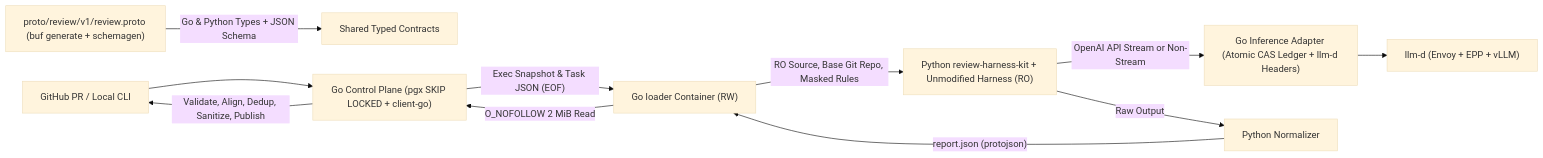
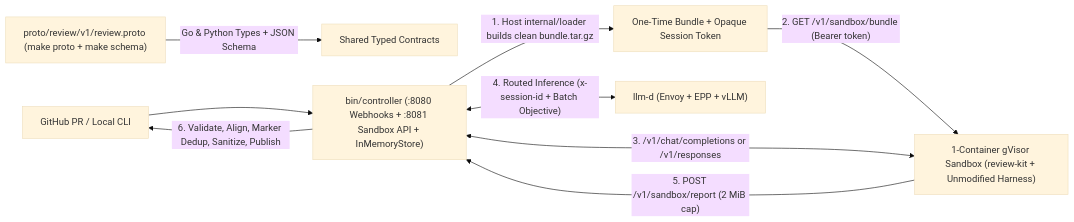
One commit to zetxqx/review-agent-infra changed the diagram in README.md. Above: the diagram before and after it, drawn with Mermaid (base theme). The commit also changed other lines of this file and 79 other files, not shown here.

Commit message:
Consolidate review-agent-infra into three stateless artifacts with embedded sandbox proxy, single-container pods, and PR marker deduplication.

````diff
--- a/README.md
+++ b/README.md
@@ -9,13 +9,11 @@
 ```mermaid
 flowchart LR
-    Proto["proto/review/v1/review.proto (buf generate + schemagen)"] -->|"Go & Python Types + JSON Schema"| Contracts["Shared Typed Contracts"]
-    GH["GitHub PR / Local CLI"] --> Ctrl["Go Control Plane (pgx SKIP LOCKED + client-go)"]
-    Ctrl -->|"Exec Snapshot & Task JSON (EOF)"| Loader["Go loader Container (RW)"]
-    Loader -->|"RO Source, Base Git Repo, Masked Rules"| Harness["Python review-harness-kit + Unmodified Harness (RO)"]
-    Harness -->|"OpenAI API Stream or Non-Stream"| Adapter["Go Inference Adapter (Atomic CAS Ledger + llm-d Headers)"]
-    Adapter --> LLMD["llm-d (Envoy + EPP + vLLM)"]
-    Harness -->|"Raw Output"| Norm["Python Normalizer"]
-    Norm -->|"report.json (protojson)"| Loader
-    Loader -->|"O_NOFOLLOW 2 MiB Read"| Ctrl
-    Ctrl -->|"Validate, Align, Dedup, Sanitize, Publish"| GH
+    Proto["proto/review/v1/review.proto (make proto + make schema)"] -->|"Go & Python Types + JSON Schema"| Contracts["Shared Typed Contracts"]
+    GH["GitHub PR / Local CLI"] --> Ctrl["bin/controller (:8080 Webhooks + :8081 Sandbox API + InMemoryStore)"]
+    Ctrl -->|"1. Host internal/loader builds clean bundle.tar.gz"| Bundle["One-Time Bundle + Opaque Session Token"]
+    Bundle -->|"2. GET /v1/sandbox/bundle (Bearer token)"| Kit["1-Container gVisor Sandbox (review-kit + Unmodified Harness)"]
+    Kit <-->|"3. /v1/chat/completions or /v1/responses"| Ctrl
+    Ctrl <-->|"4. Routed Inference (x-session-id + Batch Objective)"| LLMD["llm-d (Envoy + EPP + vLLM)"]
+    Kit -->|"5. POST /v1/sandbox/report (2 MiB cap)"| Ctrl
+    Ctrl -->|"6. Validate, Align, Marker Dedup, Sanitize, Publish"| GH
 ```
````
